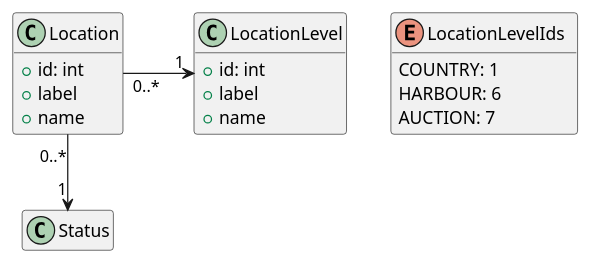
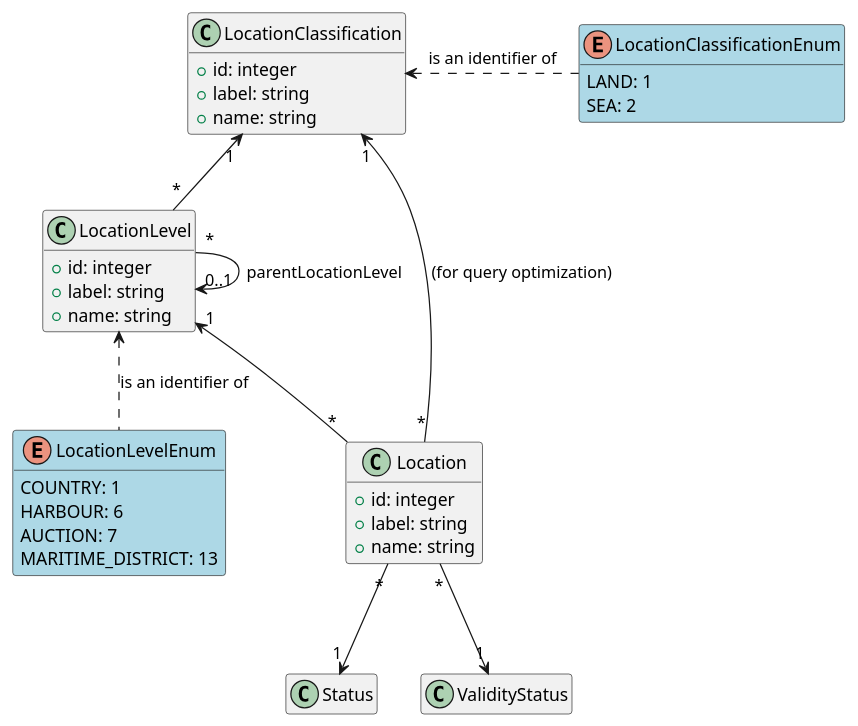
One commit to sumaris-net/sumaris-doc changed the diagram in model/referential/location.puml. Above: the diagram before and after it, drawn with PlantUML. The commit also changed 6 other files, not shown here.

Commit message:
enh(model) Add localization class diagram (to review)

```diff
--- a/model/referential/location.puml
+++ b/model/referential/location.puml
@@ -1,25 +1,45 @@
 @startuml
 hide empty members
 
-class Location {
-    +id: int
-    +label
-    +name
+class LocationClassification {
+    +id: integer
+    +label: string
+    +name: string
 }
 
-class LocationLevel
-{
-    +id: int
-    +label
-    +name
+class LocationLevel {
+    +id: integer
+    +label: string
+    +name: string
 }
 
-Location "0..*" -right-> "1" LocationLevel: "      "
-Location "0..*" --> "1" Status
 
-enum "LocationLevelIds  " {
+class Location {
+    +id: integer
+    +label: string
+    +name: string
+}
+
+enum "LocationClassificationEnum" #lightblue {
+    LAND: 1
+    SEA: 2
+}
+
+enum "LocationLevelEnum" #lightblue {
     COUNTRY: 1
     HARBOUR: 6
     AUCTION: 7
+    MARITIME_DISTRICT: 13
 }
+
+LocationLevel "*" -up-> "1" LocationClassification
+LocationLevel "*" --> "0..1" LocationLevel: parentLocationLevel
+Location "*" -up-> "1" LocationClassification: "(for query optimization)"
+Location "*" -up-> "1" LocationLevel
+Location "*" -down-> "1" Status
+Location "*" -down-> "1" ValidityStatus: "       "
+
+LocationClassificationEnum .left.> LocationClassification: "is an identifier of"
+LocationLevelEnum .up.> LocationLevel: "is an identifier of"
+
 @enduml
```
